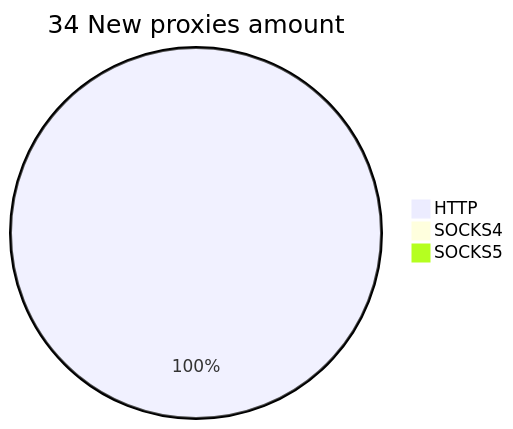
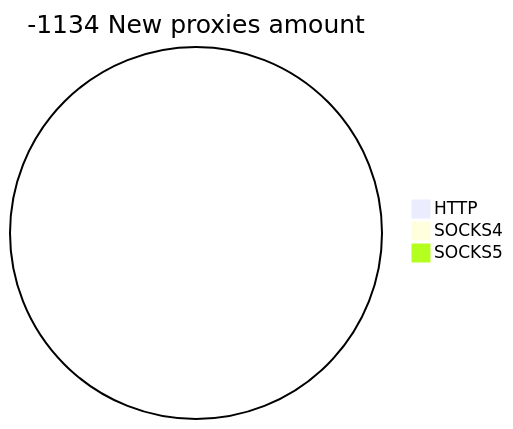
Before and after one commit to cutipu/proxylist: the second of 2 diagrams in README.md, drawn with Mermaid. The commit also changed other lines of this file, not shown here.

````diff
--- a/README.md
+++ b/README.md
@@ -10,6 +10,6 @@
 ```mermaid
-pie title 34 New proxies amount
-    "HTTP" : 47
+pie title -1134 New proxies amount
+    "HTTP" : 0
     "SOCKS4" : 0
     "SOCKS5" : 0
 ```
````
